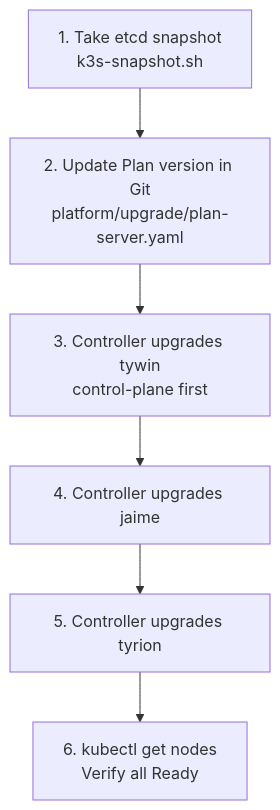
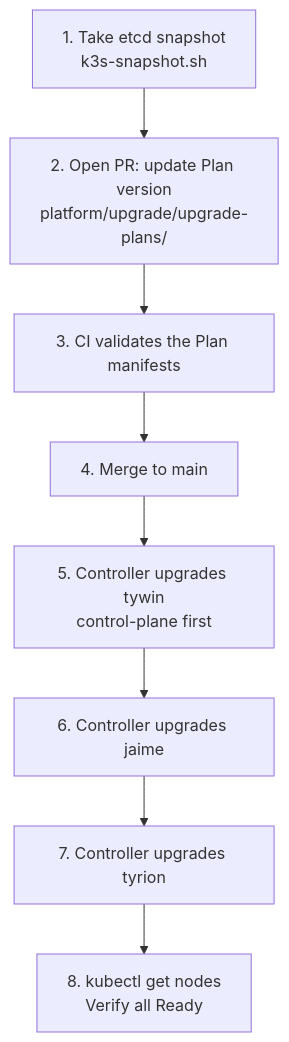
Before and after one commit to Kagiso-me/homelab-infrastructure: the second of 2 diagrams in docs/guides/13-Platform-Operations-Lifecycle.md, drawn with Mermaid. The commit also changed other lines of this file and 47 other files, not shown here.

````diff
--- a/docs/guides/13-Platform-Operations-Lifecycle.md
+++ b/docs/guides/13-Platform-Operations-Lifecycle.md
@@ -155,8 +221,10 @@
 ```mermaid
 graph TD
-    Snap["1. Take etcd snapshot<br/>k3s-snapshot.sh"] --> Plan["2. Update Plan version in Git<br/>platform/upgrade/plan-server.yaml"]
-    Plan --> CP["3. Controller upgrades tywin<br/>control-plane first"]
-    CP --> W1["4. Controller upgrades jaime"]
-    W1 --> W2["5. Controller upgrades tyrion"]
-    W2 --> Verify["6. kubectl get nodes<br/>Verify all Ready"]
+    Snap["1. Take etcd snapshot<br/>k3s-snapshot.sh"] --> PR["2. Open PR: update Plan version<br/>platform/upgrade/upgrade-plans/"]
+    PR --> CI["3. CI validates the Plan manifests"]
+    CI --> Merge["4. Merge to main"]
+    Merge --> CP["5. Controller upgrades tywin<br/>control-plane first"]
+    CP --> W1["6. Controller upgrades jaime"]
+    W1 --> W2["7. Controller upgrades tyrion"]
+    W2 --> Verify["8. kubectl get nodes<br/>Verify all Ready"]
 ```
````
